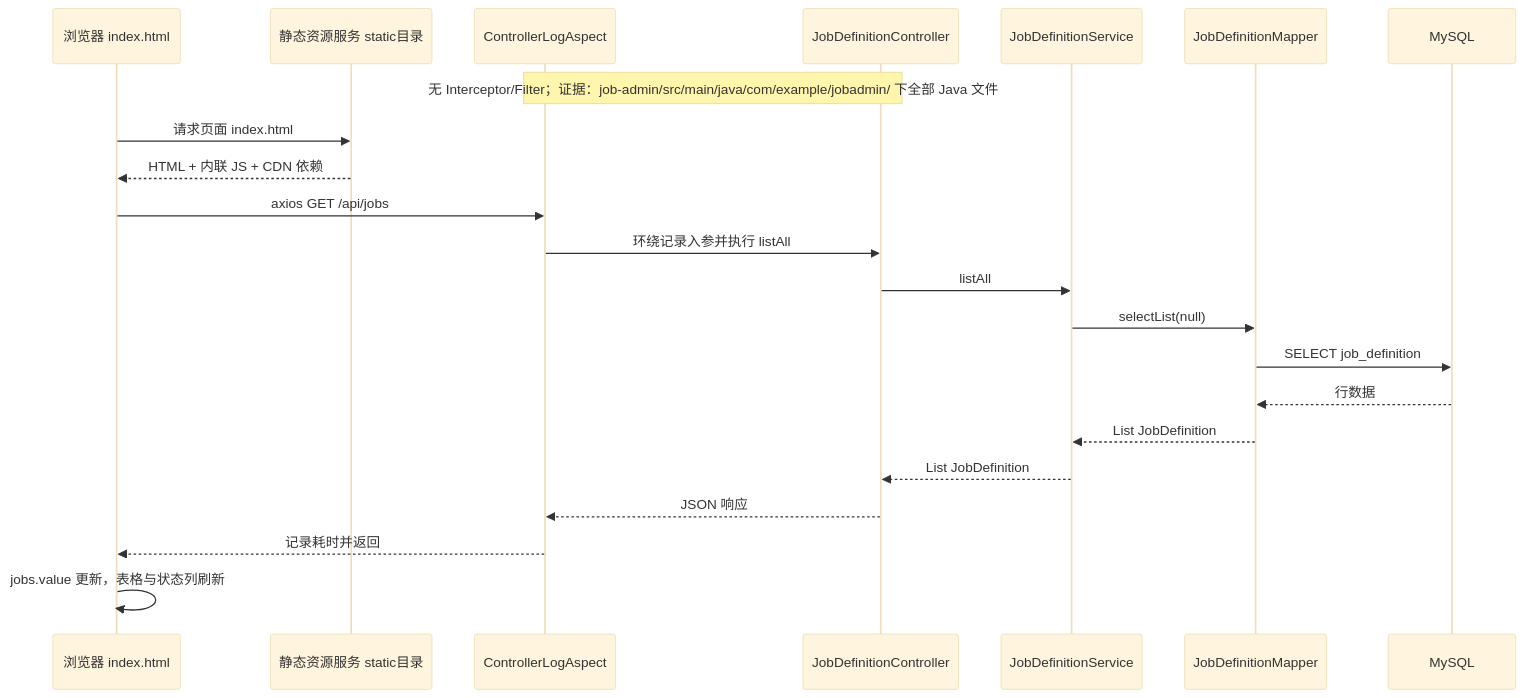
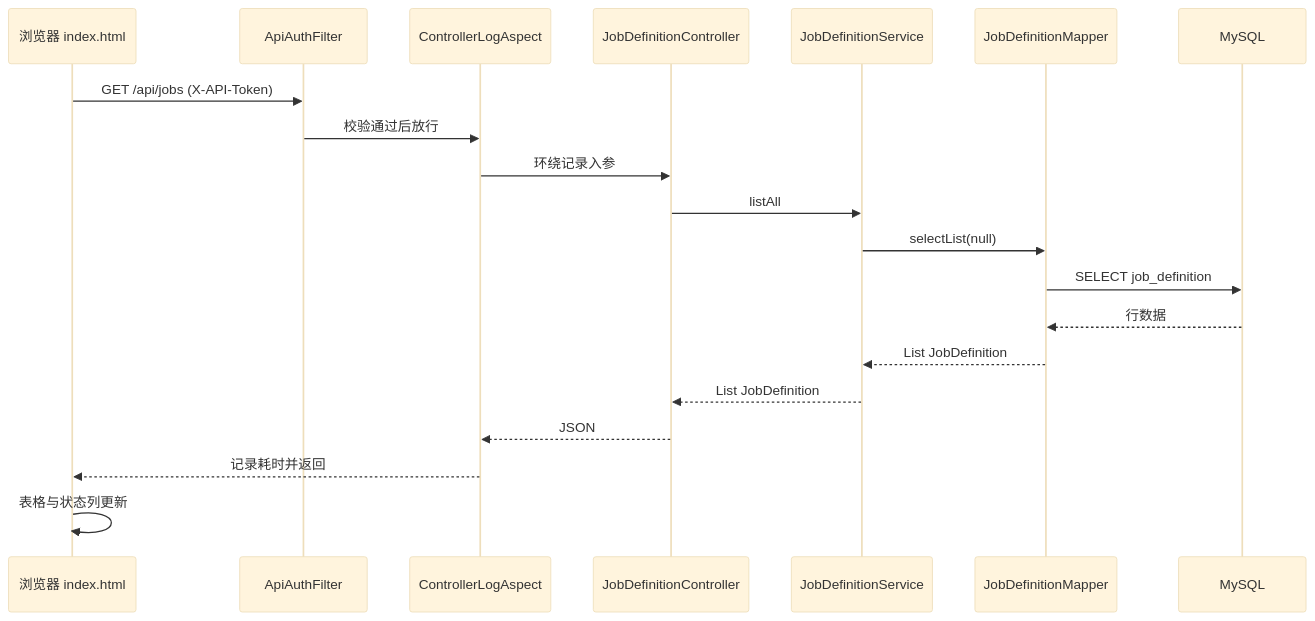
Before and after one commit to jybecnu163/jobs-admin: the second of 3 diagrams in doc/architecture.md, drawn with Mermaid (base theme). The commit also changed other lines of this file and 55 other files, not shown here.

````diff
--- a/doc/architecture.md
+++ b/doc/architecture.md
@@ -141,24 +148,22 @@
 ```mermaid
 sequenceDiagram
     participant B as 浏览器 index.html
-    participant S as 静态资源服务 static目录
+    participant F as ApiAuthFilter
     participant A as ControllerLogAspect
     participant C as JobDefinitionController
     participant V as JobDefinitionService
     participant M as JobDefinitionMapper
     participant D as MySQL
-    Note over A,C: 无 Interceptor/Filter；证据：job-admin/src/main/java/com/example/jobadmin/ 下全部 Java 文件
-    B->>S: 请求页面 index.html
-    S-->>B: HTML + 内联 JS + CDN 依赖
-    B->>A: axios GET /api/jobs
-    A->>C: 环绕记录入参并执行 listAll
+    B->>F: GET /api/jobs (X-API-Token)
+    F->>A: 校验通过后放行
+    A->>C: 环绕记录入参
     C->>V: listAll
     V->>M: selectList(null)
     M->>D: SELECT job_definition
     D-->>M: 行数据
     M-->>V: List JobDefinition
     V-->>C: List JobDefinition
-    C-->>A: JSON 响应
+    C-->>A: JSON
     A-->>B: 记录耗时并返回
-    B->>B: jobs.value 更新，表格与状态列刷新
+    B->>B: 表格与状态列更新
 ```
````
